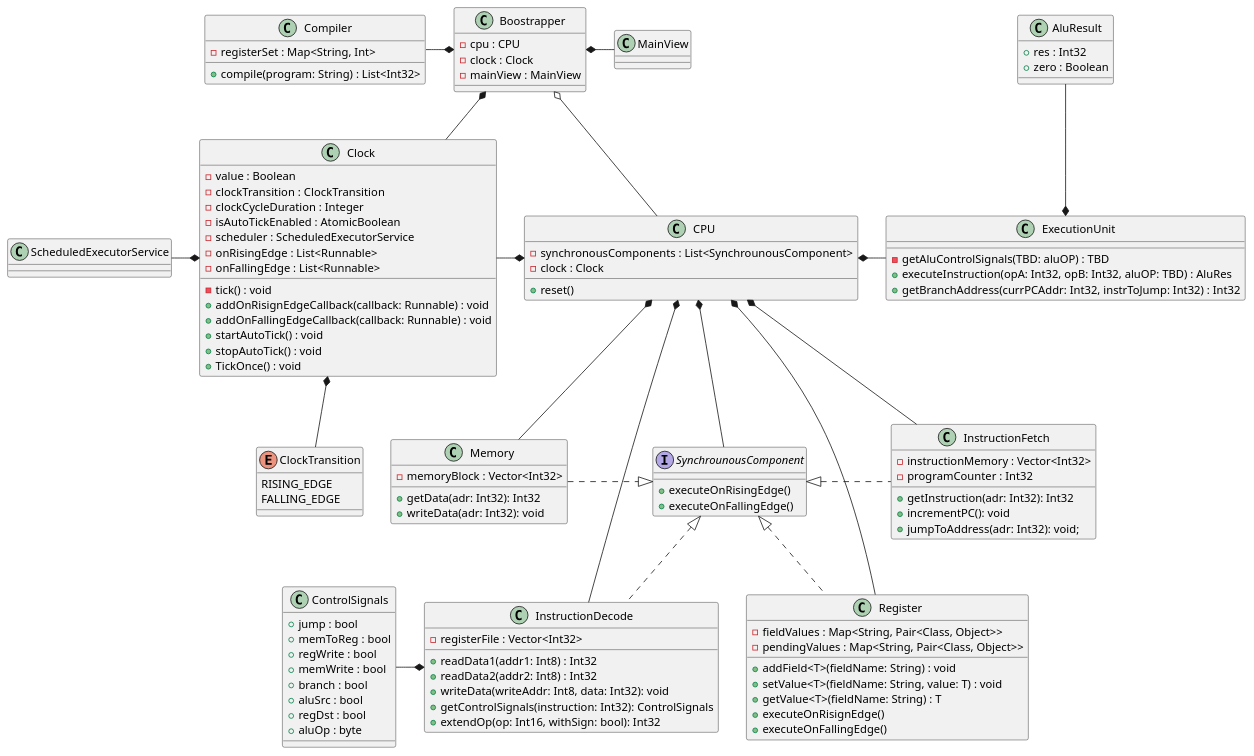
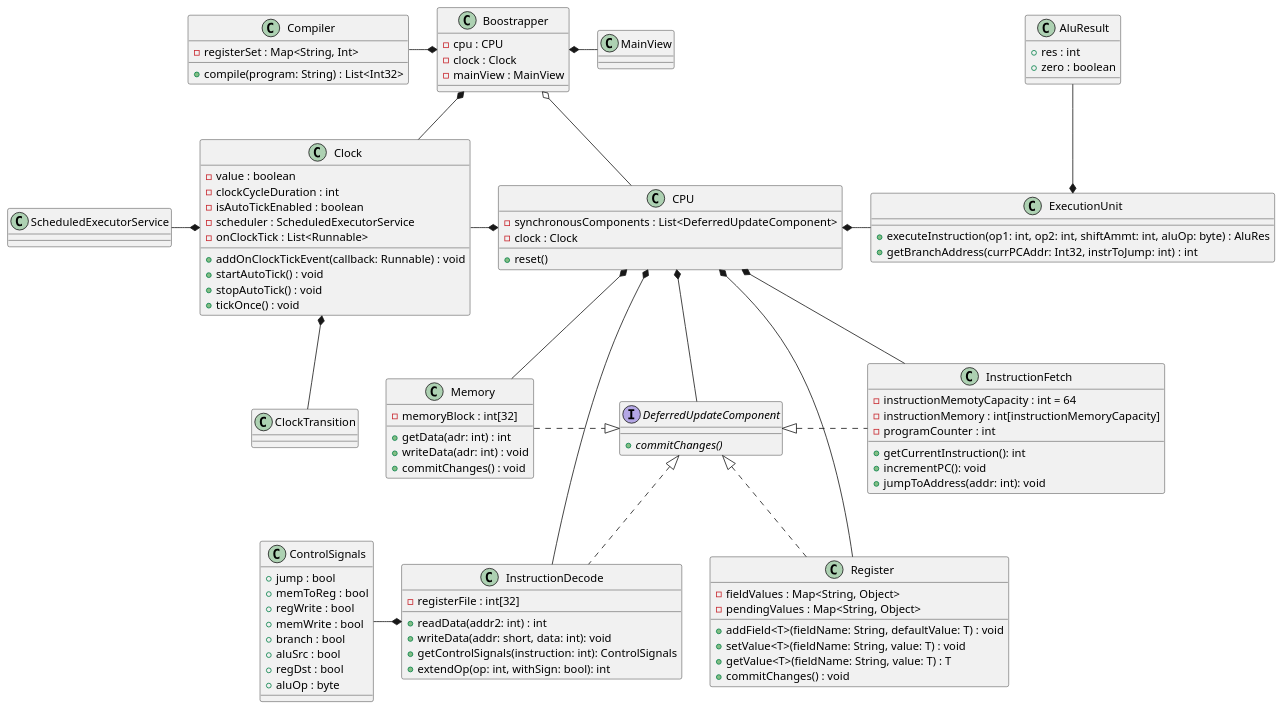
Before and after one commit to bmarcu13/MIPS32PipelineSimulator: the diagram in Diagrams/ClassDiagram.plantuml, drawn with PlantUML.

Commit message:
Update class diagram

```diff
--- a/Diagrams/ClassDiagram.plantuml
+++ b/Diagrams/ClassDiagram.plantuml
@@ -1,136 +1,121 @@
 @startuml CPU Simulator
 
 Boostrapper o-- CPU
 Boostrapper *-- Clock
 Boostrapper *-right- MainView
 Boostrapper *-left- Compiler
 
 Clock *-- ClockTransition
 Clock *-left- ScheduledExecutorService
 
-CPU *-- SynchrounousComponent
+CPU *-- DeferredUpdateComponent
 CPU *-- InstructionFetch
 CPU *-- InstructionDecode
 CPU *-right- ExecutionUnit
 CPU *-- Memory
 CPU *-left- Clock
 CPU *-- Register
 
-Register .up.|> SynchrounousComponent
+Register .up.|> DeferredUpdateComponent
 
 ExecutionUnit *-up- AluResult
 
 InstructionDecode *-left- ControlSignals 
 
-SynchrounousComponent <|.. InstructionDecode
-SynchrounousComponent <|.right. InstructionFetch
-SynchrounousComponent <|.left. Memory
+DeferredUpdateComponent <|.. InstructionDecode
+DeferredUpdateComponent <|.right. InstructionFetch
+DeferredUpdateComponent <|.left. Memory
 
 
-
-enum ClockTransition{
-    RISING_EDGE
-    FALLING_EDGE
-}
-
 class AluResult{
-    + res : Int32
-    + zero : Boolean
+    + res : int
+    + zero : boolean
 }
 
 class ControlSignals {
     + jump : bool
     + memToReg : bool
     + regWrite : bool
     + memWrite : bool
     + branch : bool
     + aluSrc : bool
     + regDst : bool
     + aluOp : byte
 }
 
-interface SynchrounousComponent {
-    + executeOnRisingEdge()
-    + executeOnFallingEdge()
+interface DeferredUpdateComponent {
+    {abstract} + commitChanges()
 }
 
 class Boostrapper {
     - cpu : CPU
     - clock : Clock
     - mainView : MainView
 }
 
 class CPU {
-    - synchronousComponents : List<SynchrounousComponent>
+    - synchronousComponents : List<DeferredUpdateComponent>
     - clock : Clock
     + reset()
 }
 
 class Clock {
-    - value : Boolean
-    - clockTransition : ClockTransition
-    - clockCycleDuration : Integer
-    - isAutoTickEnabled : AtomicBoolean
+    - value : boolean
+    - clockCycleDuration : int
+    - isAutoTickEnabled : boolean
     - scheduler : ScheduledExecutorService
-    - onRisingEdge : List<Runnable>
-    - onFallingEdge : List<Runnable>
-    - tick() : void
-    + addOnRisignEdgeCallback(callback: Runnable) : void
-    + addOnFallingEdgeCallback(callback: Runnable) : void
+    - onClockTick : List<Runnable>
+    + addOnClockTickEvent(callback: Runnable) : void
     + startAutoTick() : void
     + stopAutoTick() : void
-    + TickOnce() : void
+    + tickOnce() : void
+}
+
+class InstructionFetch {
+    - instructionMemotyCapacity : int = 64
+    - instructionMemory : int[instructionMemoryCapacity]
+    - programCounter : int
+    + getCurrentInstruction(): int
+    + incrementPC(): void
+    + jumpToAddress(addr: int): void
+}
+
+class InstructionDecode {
+    - registerFile : int[32]
+    + readData(addr2: int) : int
+    + writeData(addr: short, data: int): void
+    + getControlSignals(instruction: int): ControlSignals
+    + extendOp(op: int, withSign: bool): int
+}
+
+class ExecutionUnit {
+    + executeInstruction(op1: int, op2: int, shiftAmmt: int, aluOp: byte) : AluRes
+    + getBranchAddress(currPCAddr: Int32, instrToJump: int) : int
 }
 
 class Memory {
-    - memoryBlock : Vector<Int32>
-}
-
-class InstructionFetch {
-    - instructionMemory : Vector<Int32>
-    - programCounter : Int32
-    + getInstruction(adr: Int32): Int32
-    + incrementPC(): void
-    + jumpToAddress(adr: Int32): void;
-}
-
-class InstructionDecode {
-    - registerFile : Vector<Int32>
-    + readData1(addr1: Int8) : Int32
-    + readData2(addr2: Int8) : Int32
-    + writeData(writeAddr: Int8, data: Int32): void
-    + getControlSignals(instruction: Int32): ControlSignals
-    + extendOp(op: Int16, withSign: bool): Int32
-}
-
-class ExecutionUnit {
-    - getAluControlSignals(TBD: aluOP) : TBD
-    + executeInstruction(opA: Int32, opB: Int32, aluOP: TBD) : AluRes
-    + getBranchAddress(currPCAddr: Int32, instrToJump: Int32) : Int32
-}
-
-class Memory {
-    + getData(adr: Int32): Int32
-    + writeData(adr: Int32): void
+    - memoryBlock : int[32]
+    + getData(adr: int) : int
+    + writeData(adr: int) : void
+    + commitChanges() : void
 }
 
 class Register {
-    - fieldValues : Map<String, Pair<Class, Object>>
-    - pendingValues : Map<String, Pair<Class, Object>>
-    + addField<T>(fieldName: String) : void
+    - fieldValues : Map<String, Object>
+    - pendingValues : Map<String, Object>
+    + addField<T>(fieldName: String, defaultValue: T) : void
     + setValue<T>(fieldName: String, value: T) : void
-    + getValue<T>(fieldName: String) : T
-    + executeOnRisignEdge()
-    + executeOnFallingEdge()
+    + getValue<T>(fieldName: String, value: T) : T
+    + commitChanges() : void
 }
 
 class MainView {
     
 }
 
 class Compiler {
     - registerSet : Map<String, Int>
     + compile(program: String) : List<Int32>
 }
 
 @enduml
```
